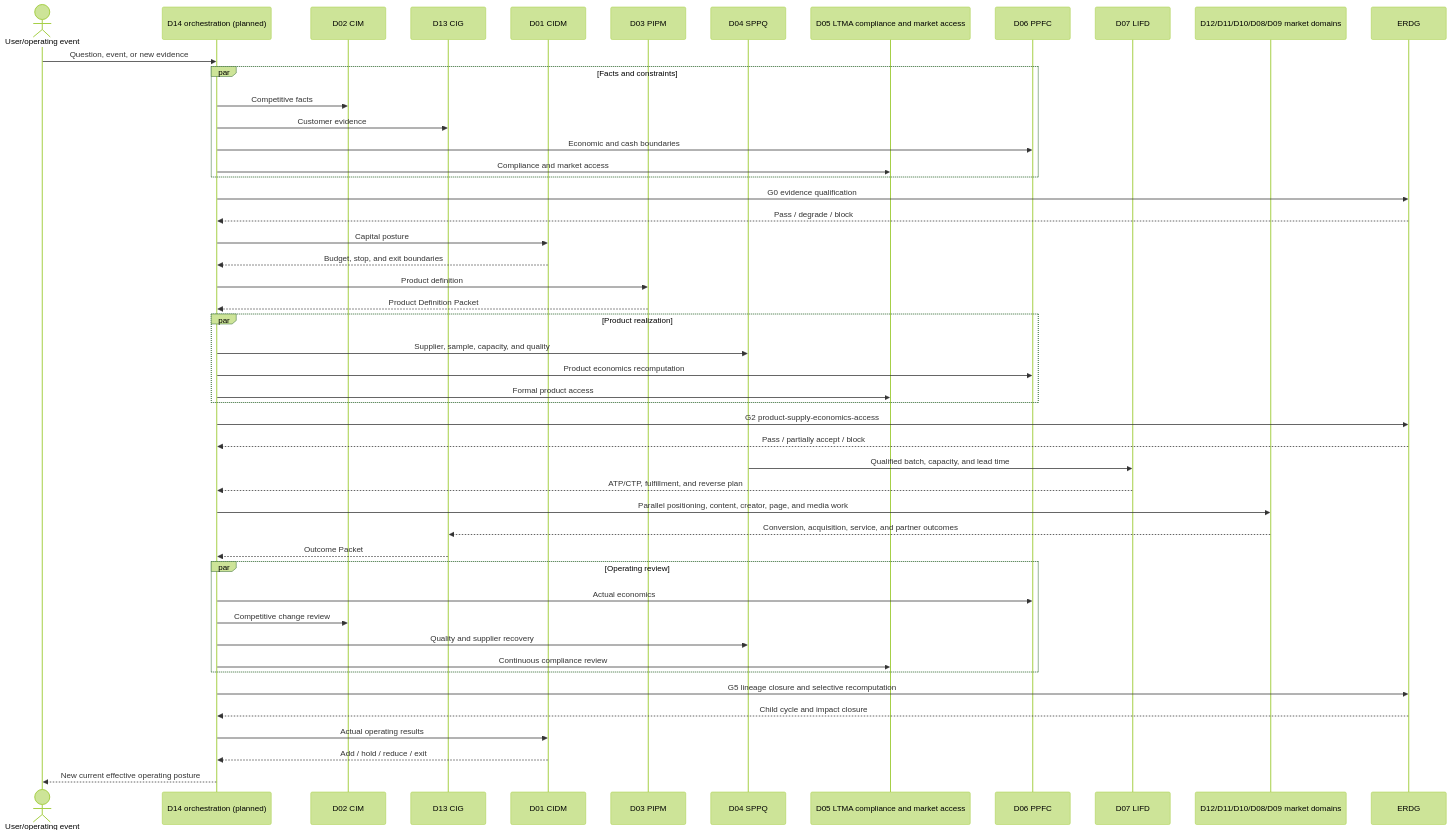
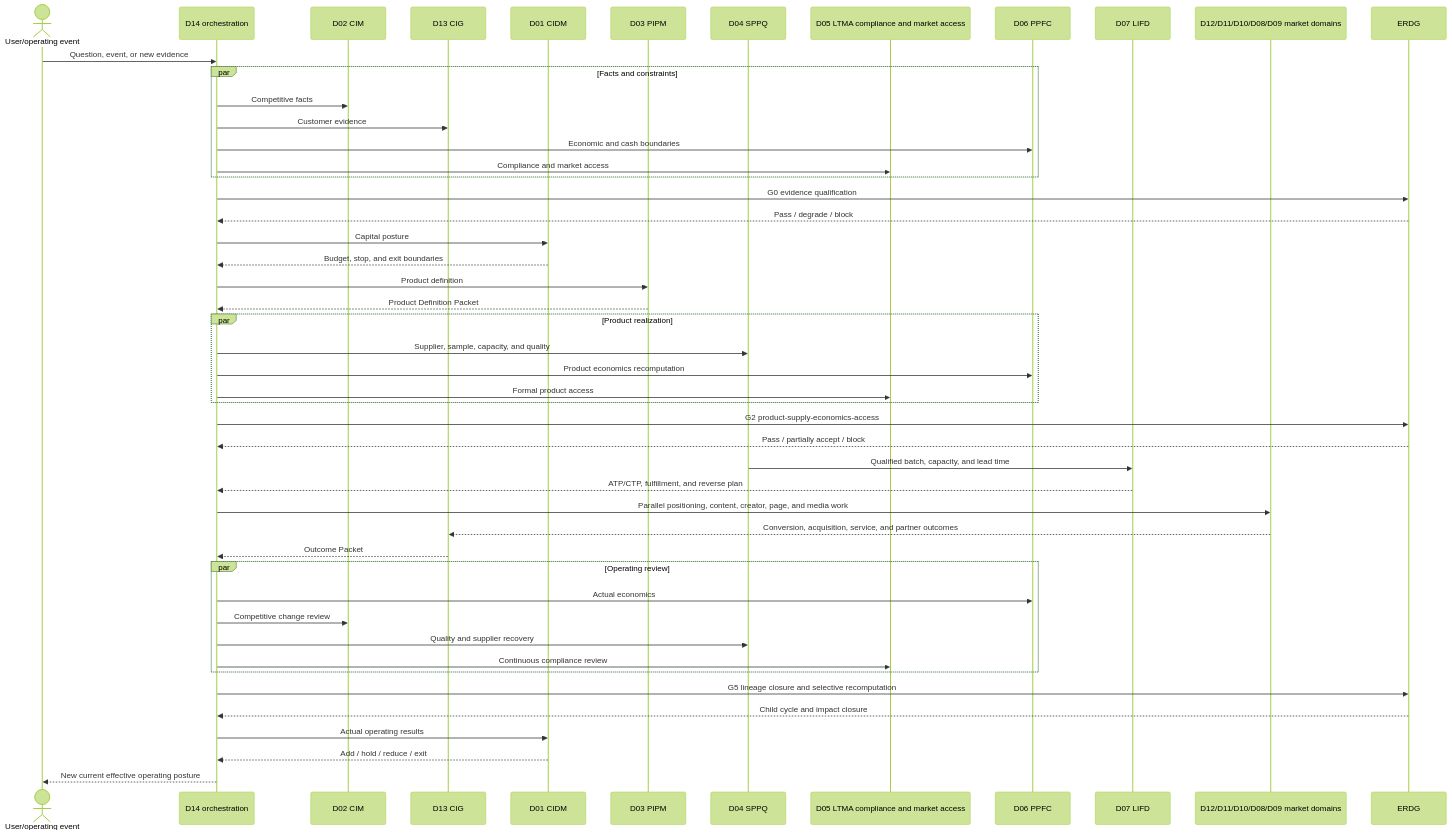
Before and after one commit to saye-chen/CrossBorder-Decision-Lab: the third of 3 diagrams in README.en.md, drawn with Mermaid (forest theme). The commit also changed other lines of this file and 88 other files, not shown here.

````diff
--- a/README.en.md
+++ b/README.en.md
@@ -166,51 +164,51 @@
 ```mermaid
 sequenceDiagram
     actor U as User/operating event
-    participant D14 as D14 orchestration (planned)
+    participant D14 as D14 orchestration
     participant D02 as D02 CIM
     participant D13 as D13 CIG
     participant D01 as D01 CIDM
     participant D03 as D03 PIPM
     participant D04 as D04 SPPQ
     participant D05 as D05 LTMA compliance and market access
     participant D06 as D06 PPFC
     participant D07 as D07 LIFD
     participant M as D12/D11/D10/D08/D09 market domains
     participant E as ERDG
     U->>D14: Question, event, or new evidence
     par Facts and constraints
       D14->>D02: Competitive facts
       D14->>D13: Customer evidence
       D14->>D06: Economic and cash boundaries
       D14->>D05: Compliance and market access
     end
     D14->>E: G0 evidence qualification
     E-->>D14: Pass / degrade / block
     D14->>D01: Capital posture
     D01-->>D14: Budget, stop, and exit boundaries
     D14->>D03: Product definition
     D03-->>D14: Product Definition Packet
     par Product realization
       D14->>D04: Supplier, sample, capacity, and quality
       D14->>D06: Product economics recomputation
       D14->>D05: Formal product access
     end
     D14->>E: G2 product-supply-economics-access
     E-->>D14: Pass / partially accept / block
     D04->>D07: Qualified batch, capacity, and lead time
     D07-->>D14: ATP/CTP, fulfillment, and reverse plan
     D14->>M: Parallel positioning, content, creator, page, and media work
     M-->>D13: Conversion, acquisition, service, and partner outcomes
     D13-->>D14: Outcome Packet
     par Operating review
       D14->>D06: Actual economics
       D14->>D02: Competitive change review
       D14->>D04: Quality and supplier recovery
       D14->>D05: Continuous compliance review
     end
     D14->>E: G5 lineage closure and selective recomputation
     E-->>D14: Child cycle and impact closure
     D14->>D01: Actual operating results
     D01-->>D14: Add / hold / reduce / exit
     D14-->>U: New current effective operating posture
 ```
````
